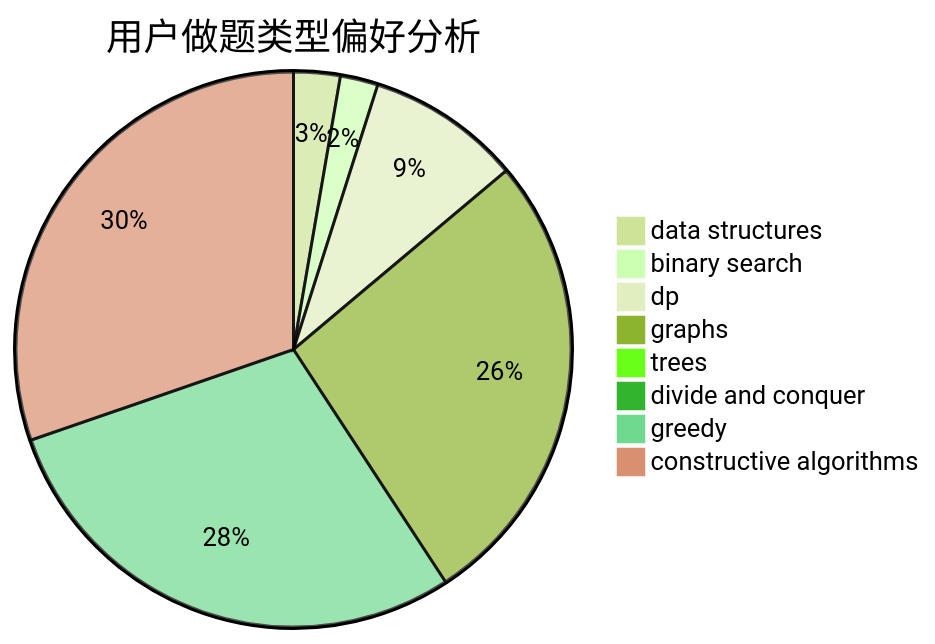
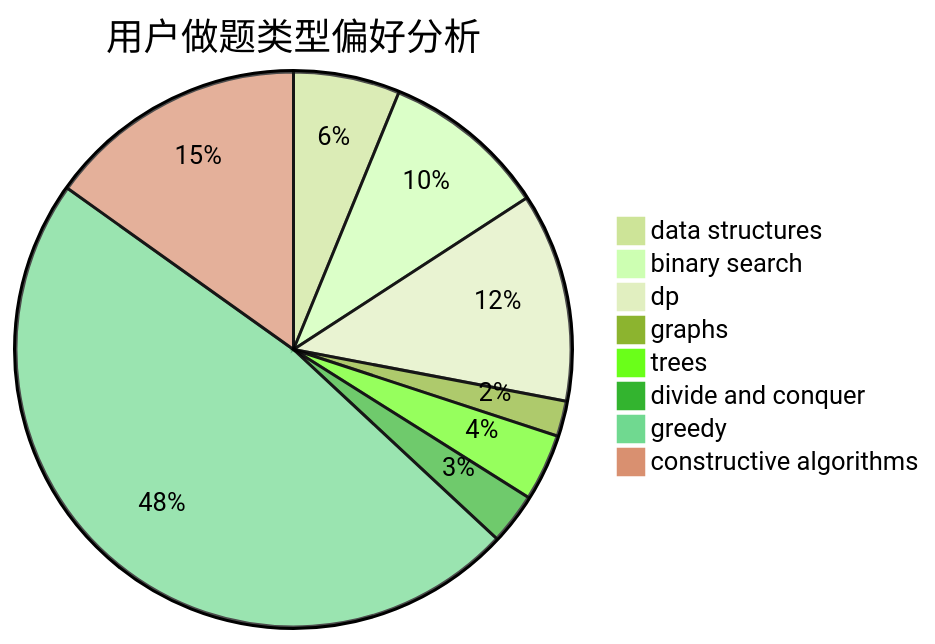
One commit to sherpahu/cfrs.github.io changed the second of 3 diagrams in docs/user/u597.md. Above: the diagram before and after it, drawn with Mermaid (forest theme). The commit also changed other lines of this file and 2770 other files, not shown here.

````diff
--- a/docs/user/u597.md
+++ b/docs/user/u597.md
@@ -23,11 +23,11 @@
 ```mermaid
 pie title 用户做题类型偏好分析
-    "data structures" :  16
-    "binary search" :  13
+    "data structures" :  27
+    "binary search" :  42
     "dp" :  53
-    "graphs" :  159
-    "trees" :  6
-    "divide and conquer" :  5
-    "greedy" :  171
-    "constructive algorithms" :  179
+    "graphs" :  9
+    "trees" :  17
+    "divide and conquer" :  13
+    "greedy" :  209
+    "constructive algorithms" :  66
 ```
````
